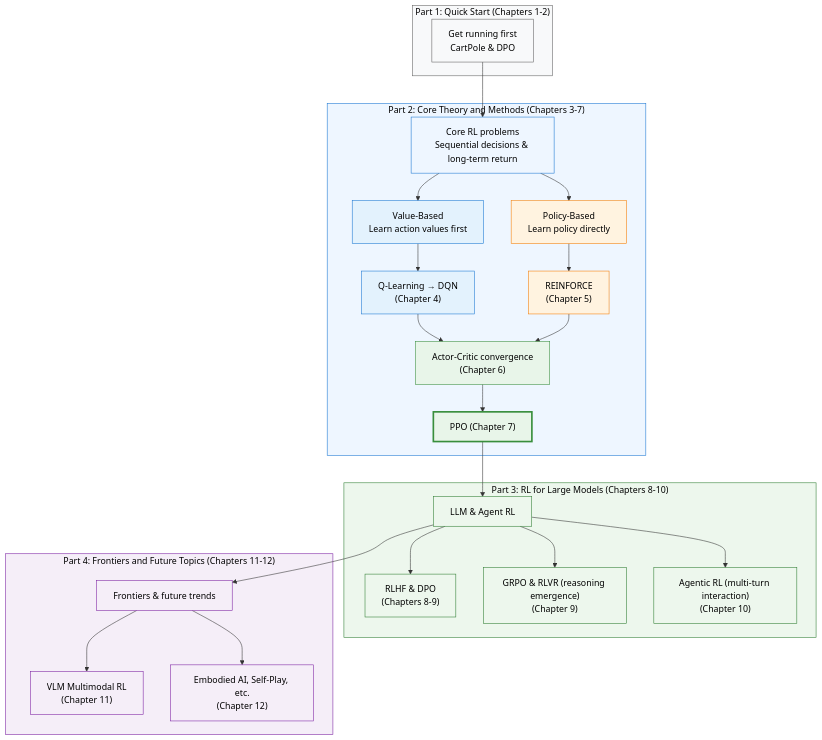
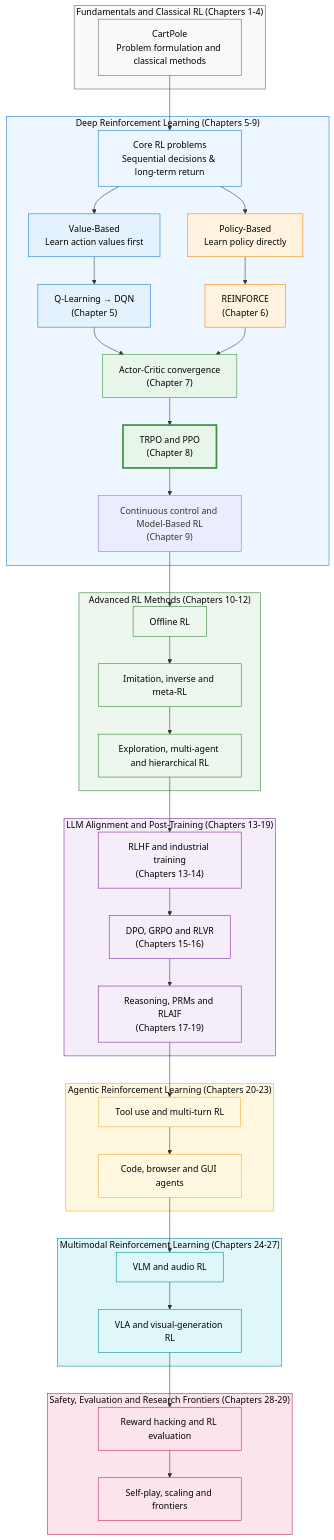
Before and after one commit to CrazyForks/hands-on-modern-rl: the third of 3 diagrams in docs/en/preface/intro.md, drawn with Mermaid. The commit also changed other lines of this file and 190 other files, not shown here.

````diff
--- a/docs/en/preface/intro.md
+++ b/docs/en/preface/intro.md
@@ -298,52 +298,75 @@
 ```mermaid
 graph TD
-    subgraph P1["Part 1: Quick Start (Chapters 1-2)"]
-        Q["Get running first<br/>CartPole & DPO"]
+    subgraph P1["Fundamentals and Classical RL (Chapters 1-4)"]
+        Q["CartPole<br/>Problem formulation and classical methods"]
     end
 
-    subgraph P2["Part 2: Core Theory and Methods (Chapters 3-7)"]
+    subgraph P2["Deep Reinforcement Learning (Chapters 5-9)"]
         A["Core RL problems<br/>Sequential decisions & long-term return"] --> B["Value-Based<br/>Learn action values first"]
         A --> C["Policy-Based<br/>Learn policy directly"]
-        B --> D["Q-Learning → DQN<br/>(Chapter 4)"]
-        C --> E["REINFORCE<br/>(Chapter 5)"]
-        D --> F["Actor-Critic convergence<br/>(Chapter 6)"]
+        B --> D["Q-Learning → DQN<br/>(Chapter 5)"]
+        C --> E["REINFORCE<br/>(Chapter 6)"]
+        D --> F["Actor-Critic convergence<br/>(Chapter 7)"]
         E --> F
-        F --> G["PPO (Chapter 7)"]
+        F --> G["TRPO and PPO<br/>(Chapter 8)"]
+        G --> H["Continuous control and Model-Based RL<br/>(Chapter 9)"]
     end
 
-    subgraph P3["Part 3: RL for Large Models (Chapters 8-10)"]
-        H["LLM & Agent RL"] --> I["RLHF & DPO<br/>(Chapters 8-9)"]
-        H --> J["GRPO & RLVR (reasoning emergence)<br/>(Chapter 9)"]
-        H --> K["Agentic RL (multi-turn interaction)<br/>(Chapter 10)"]
+    subgraph P3["Advanced RL Methods (Chapters 10-12)"]
+        I["Offline RL"] --> J["Imitation, inverse and meta-RL"]
+        J --> K["Exploration, multi-agent and hierarchical RL"]
     end
 
-    subgraph P4["Part 4: Frontiers and Future Topics (Chapters 11-12)"]
-        L["Frontiers & future trends"] --> M["VLM Multimodal RL<br/>(Chapter 11)"]
-        L --> N["Embodied AI, Self-Play, etc.<br/>(Chapter 12)"]
+    subgraph P4["LLM Alignment and Post-Training (Chapters 13-19)"]
+        L["RLHF and industrial training<br/>(Chapters 13-14)"] --> M["DPO, GRPO and RLVR<br/>(Chapters 15-16)"]
+        M --> N["Reasoning, PRMs and RLAIF<br/>(Chapters 17-19)"]
+    end
+
+    subgraph P5["Agentic Reinforcement Learning (Chapters 20-23)"]
+        O["Tool use and multi-turn RL"] --> P["Code, browser and GUI agents"]
+    end
+
+    subgraph P6["Multimodal Reinforcement Learning (Chapters 24-27)"]
+        R["VLM and audio RL"] --> S["VLA and visual-generation RL"]
+    end
+
+    subgraph P7["Safety, Evaluation and Research Frontiers (Chapters 28-29)"]
+        T["Reward hacking and RL evaluation"] --> U["Self-play, scaling and frontiers"]
     end
 
     Q --> A
-    G --> H
-    H --> L
+    H --> I
+    K --> L
+    N --> O
+    P --> R
+    S --> T
 
     style P1 fill:#f8f9fa,stroke:#616161,color:#000
     style P2 fill:#eef6ff,stroke:#1976d2,color:#000
     style P3 fill:#edf7ed,stroke:#2e7d32,color:#000
     style P4 fill:#f5eef8,stroke:#7b1fa2,color:#000
+    style P5 fill:#fff8e1,stroke:#f9a825,color:#000
+    style P6 fill:#e0f7fa,stroke:#00838f,color:#000
+    style P7 fill:#fce4ec,stroke:#c2185b,color:#000
     style Q fill:#f8f9fa,stroke:#616161,color:#000
     style A fill:#eef6ff,stroke:#1976d2,color:#000
     style B fill:#e3f2fd,stroke:#1976d2,color:#000
     style D fill:#e3f2fd,stroke:#1976d2,color:#000
     style C fill:#fff3e0,stroke:#f57c00,color:#000
     style E fill:#fff3e0,stroke:#f57c00,color:#000
     style F fill:#e8f5e9,stroke:#388e3c,color:#000
     style G fill:#e8f5e9,stroke:#388e3c,stroke-width:3px,color:#000
-    style H fill:#edf7ed,stroke:#2e7d32,color:#000
     style I fill:#edf7ed,stroke:#2e7d32,color:#000
     style J fill:#edf7ed,stroke:#2e7d32,color:#000
     style K fill:#edf7ed,stroke:#2e7d32,color:#000
     style L fill:#f5eef8,stroke:#7b1fa2,color:#000
     style M fill:#f5eef8,stroke:#7b1fa2,color:#000
     style N fill:#f5eef8,stroke:#7b1fa2,color:#000
+    style O fill:#fff8e1,stroke:#f9a825,color:#000
+    style P fill:#fff8e1,stroke:#f9a825,color:#000
+    style R fill:#e0f7fa,stroke:#00838f,color:#000
+    style S fill:#e0f7fa,stroke:#00838f,color:#000
+    style T fill:#fce4ec,stroke:#c2185b,color:#000
+    style U fill:#fce4ec,stroke:#c2185b,color:#000
 
 ```
````
